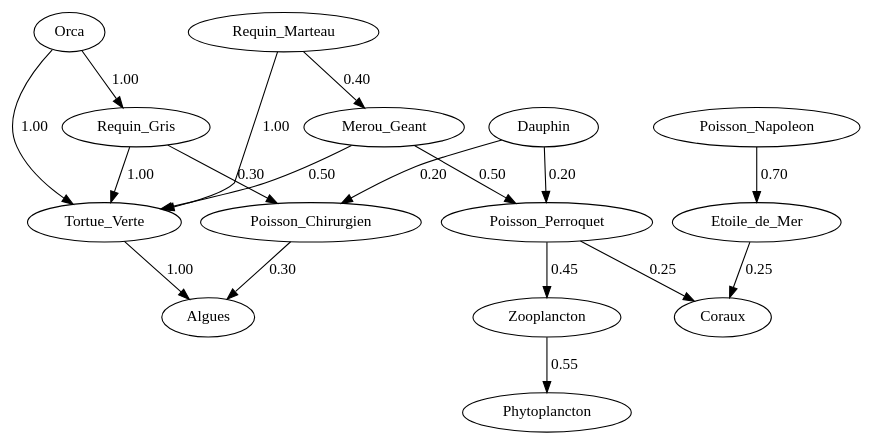
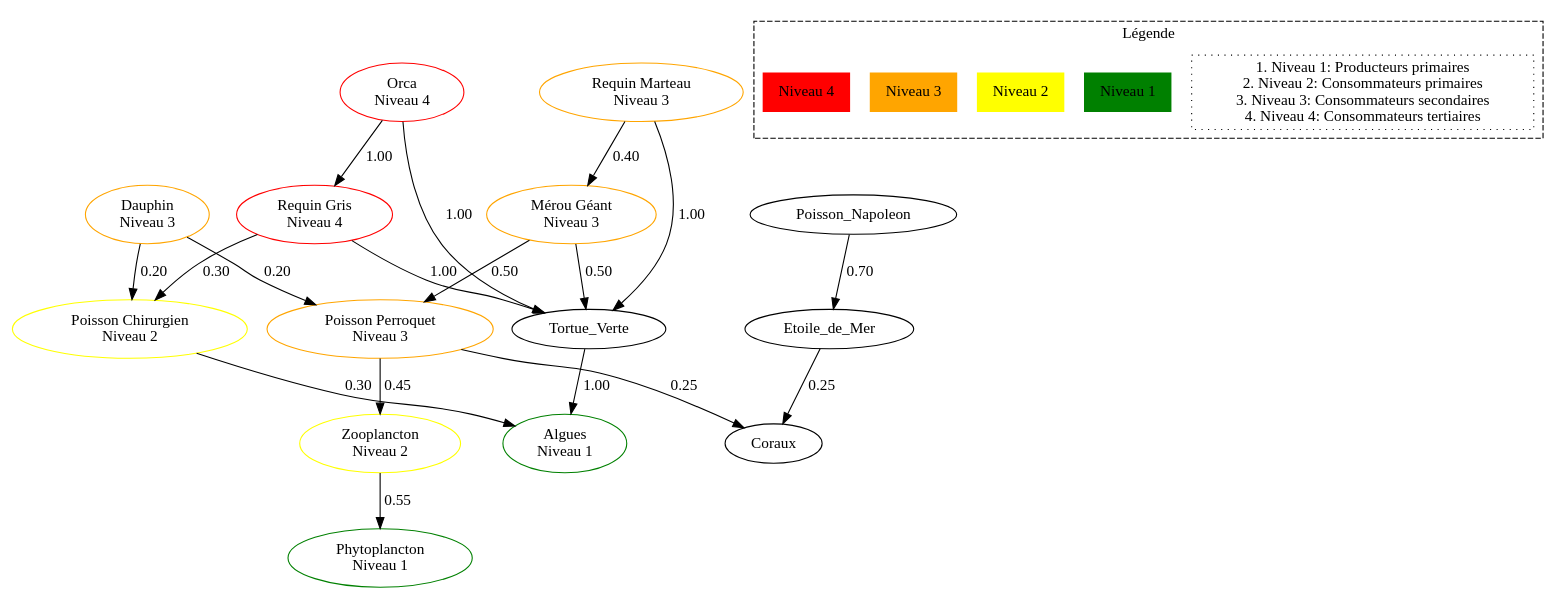
Before and after one commit to AzogSmash/Trophic-Networks: the diagram in marin.dot, drawn with Graphviz. The commit also changed other lines of this file, not shown here.

Commit message:
reseau trophique marin.dot

```diff
--- a/marin.dot
+++ b/marin.dot
@@ -1,19 +1,57 @@
 digraph Marin {
+    // Producteurs primaires (Niveau 1) - couleur verte
+    Algues [color=green, label="Algues\nNiveau 1"];
+Phytoplancton [color=green, label="Phytoplancton\nNiveau 1"];
+
+// Consommateurs primaires (Niveau 2) - couleur jaune
+    Zooplancton [color=yellow, label="Zooplancton\nNiveau 2"];
+Poisson_Chirurgien [color=yellow, label="Poisson Chirurgien\nNiveau 2"];
+
+// Consommateurs secondaires (Niveau 3) - couleur orange
+    Poisson_Perroquet [color=orange, label="Poisson Perroquet\nNiveau 3"];
+Requin_Marteau [color=orange, label="Requin Marteau\nNiveau 3"];
+Merou_Geant [color=orange, label="Mérou Géant\nNiveau 3"];
+Dauphin [color=orange, label="Dauphin\nNiveau 3"];
+
+// Consommateurs tertiaires (Niveau 4) - couleur rouge
+    Orca [color=red, label="Orca\nNiveau 4"];
+Requin_Gris [color=red, label="Requin Gris\nNiveau 4"];
+
+// Arcs (interactions) entre les espèces
     Orca -> Requin_Gris [label="1.00"];
-    Orca -> Tortue_Verte [label="1.00"];
-    Requin_Gris -> Tortue_Verte [label="1.00"];
-    Tortue_Verte -> Algues [label="1.00"];
-    Poisson_Chirurgien -> Algues [label="0.30"];
-    Requin_Marteau -> Merou_Geant [label="0.40"];
-    Requin_Marteau -> Tortue_Verte [label="1.00"];
-    Merou_Geant -> Tortue_Verte [label="0.50"];
-    Merou_Geant -> Poisson_Perroquet [label="0.50"];
-    Dauphin -> Poisson_Chirurgien [label="0.20"];
-    Dauphin -> Poisson_Perroquet [label="0.20"];
-    Poisson_Perroquet -> Zooplancton [label="0.45"];
-    Poisson_Perroquet -> Coraux [label="0.25"];
-    Zooplancton -> Phytoplancton [label="0.55"];
-    Poisson_Napoleon -> Etoile_de_Mer [label="0.70"];
-    Etoile_de_Mer -> Coraux [label="0.25"];
-    Requin_Gris -> Poisson_Chirurgien [label="0.30"];
+Orca -> Tortue_Verte [label="1.00"];
+Requin_Gris -> Tortue_Verte [label="1.00"];
+Tortue_Verte -> Algues [label="1.00"];
+Poisson_Chirurgien -> Algues [label="0.30"];
+Requin_Marteau -> Merou_Geant [label="0.40"];
+Requin_Marteau -> Tortue_Verte [label="1.00"];
+Merou_Geant -> Tortue_Verte [label="0.50"];
+Merou_Geant -> Poisson_Perroquet [label="0.50"];
+Dauphin -> Poisson_Chirurgien [label="0.20"];
+Dauphin -> Poisson_Perroquet [label="0.20"];
+Poisson_Perroquet -> Zooplancton [label="0.45"];
+Poisson_Perroquet -> Coraux [label="0.25"];
+Zooplancton -> Phytoplancton [label="0.55"];
+Poisson_Napoleon -> Etoile_de_Mer [label="0.70"];
+Etoile_de_Mer -> Coraux [label="0.25"];
+Requin_Gris -> Poisson_Chirurgien [label="0.30"];
+
+
+
+
+// Création d'une légende
+    subgraph cluster_legend {
+label="Légende";
+style=dashed;
+node [shape=plaintext];
+
+// Légende avec les couleurs et les niveaux trophiques
+        legend_table [label="1. Niveau 1: Producteurs primaires\n2. Niveau 2: Consommateurs primaires\n3. Niveau 3: Consommateurs secondaires\n4. Niveau 4: Consommateurs tertiaires", shape=rect, style=dotted];
+
+// Légende colorée
+        level1 [label="Niveau 1", style=filled, fillcolor=green, width=0.2];
+level2 [label="Niveau 2", style=filled, fillcolor=yellow, width=0.2];
+level3 [label="Niveau 3", style=filled, fillcolor=orange, width=0.2];
+level4 [label="Niveau 4", style=filled, fillcolor=red, width=0.2];
 }
+}
```
